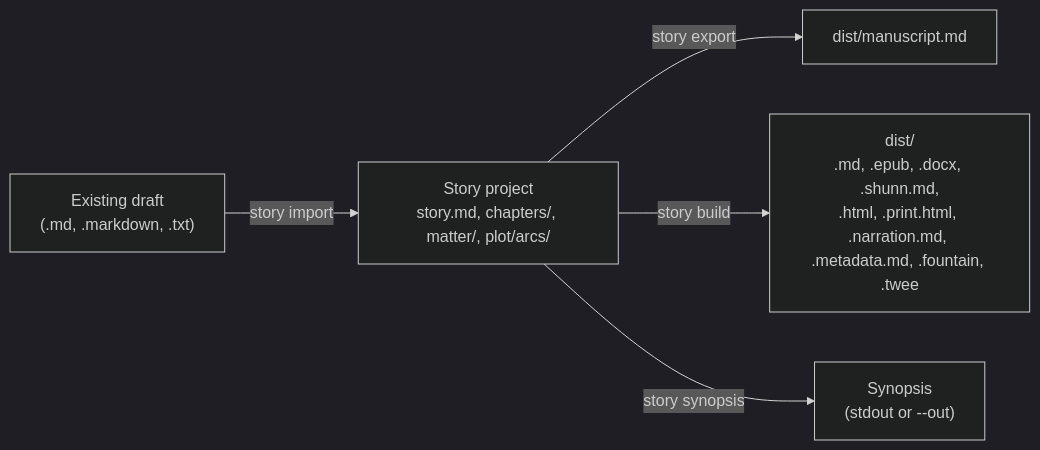
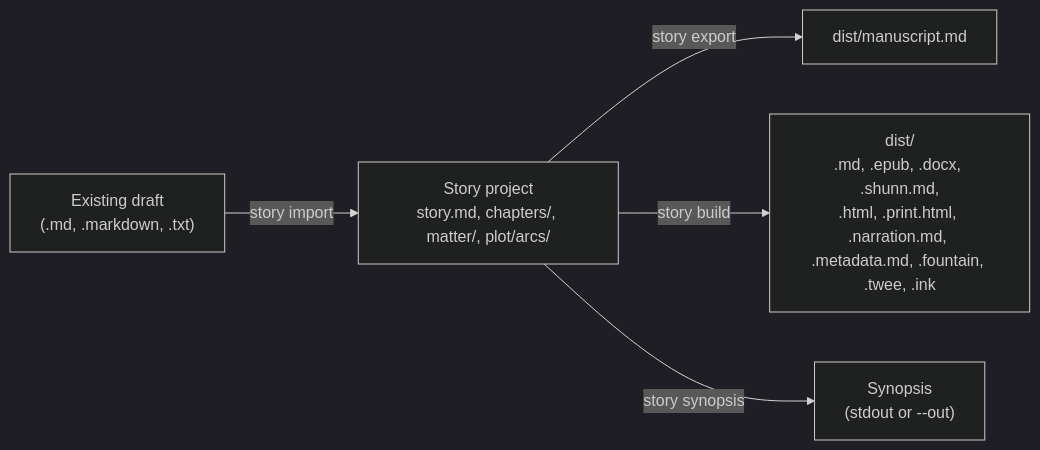
The diagram in docs/manuscripts.md (cateyephotos/story-skills), drawn with Mermaid (dark theme) before and after one commit. The commit also changed other lines of this file and 19 other files, not shown here.

First line of the commit message:
feat: build --format ink for branching stories

````diff
--- a/docs/manuscripts.md
+++ b/docs/manuscripts.md
@@ -29,7 +29,7 @@
 ```mermaid
 flowchart LR
   draft["Existing draft<br/>(.md, .markdown, .txt)"] -->|story import| project["Story project<br/>story.md, chapters/, matter/, plot/arcs/"]
   project -->|story export| manuscript["dist/manuscript.md"]
-  project -->|story build| dist["dist/<br/>.md, .epub, .docx, .shunn.md,<br/>.html, .print.html, .narration.md, .metadata.md, .fountain, .twee"]
+  project -->|story build| dist["dist/<br/>.md, .epub, .docx, .shunn.md,<br/>.html, .print.html, .narration.md, .metadata.md, .fountain, .twee, .ink"]
   project -->|story synopsis| synopsis["Synopsis<br/>(stdout or --out)"]
 ```
````
